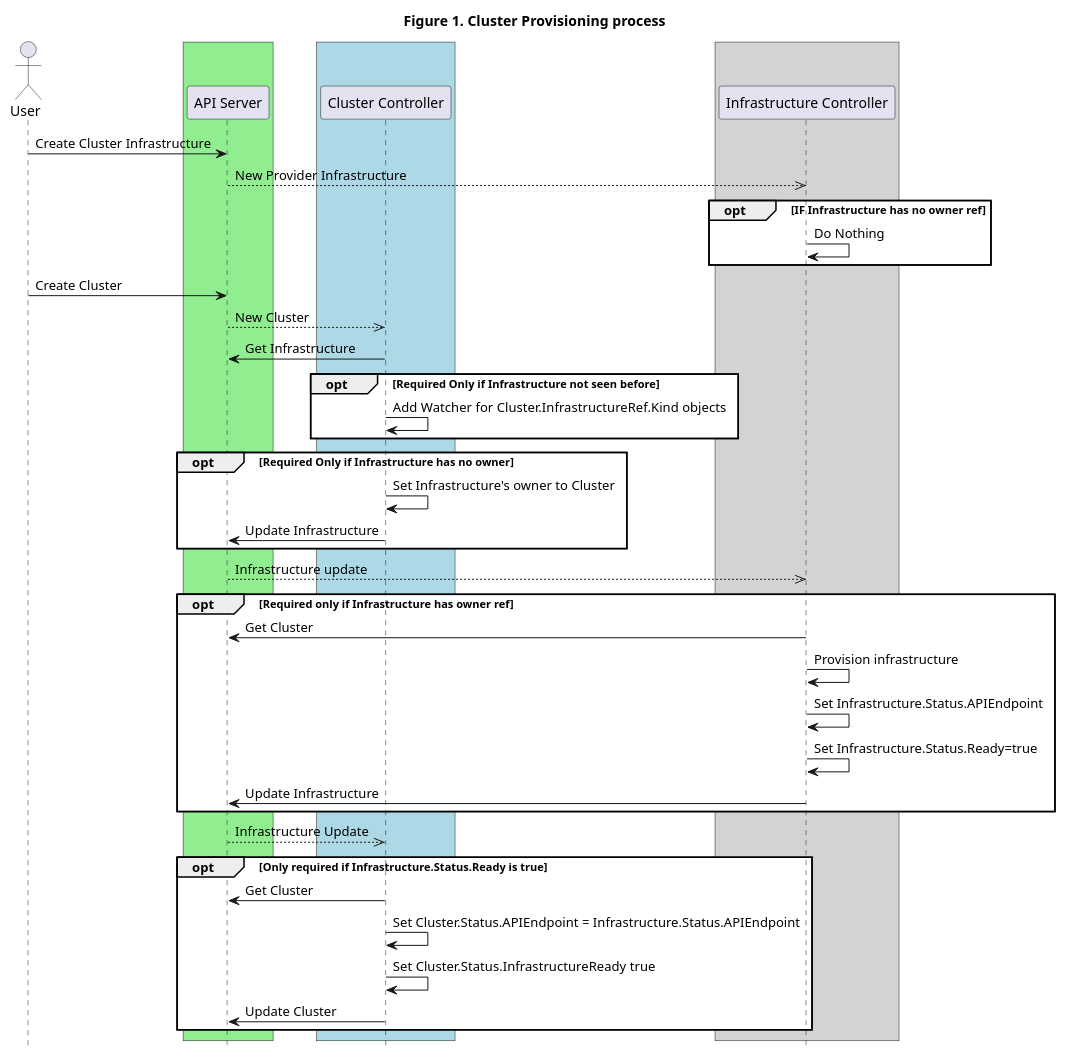
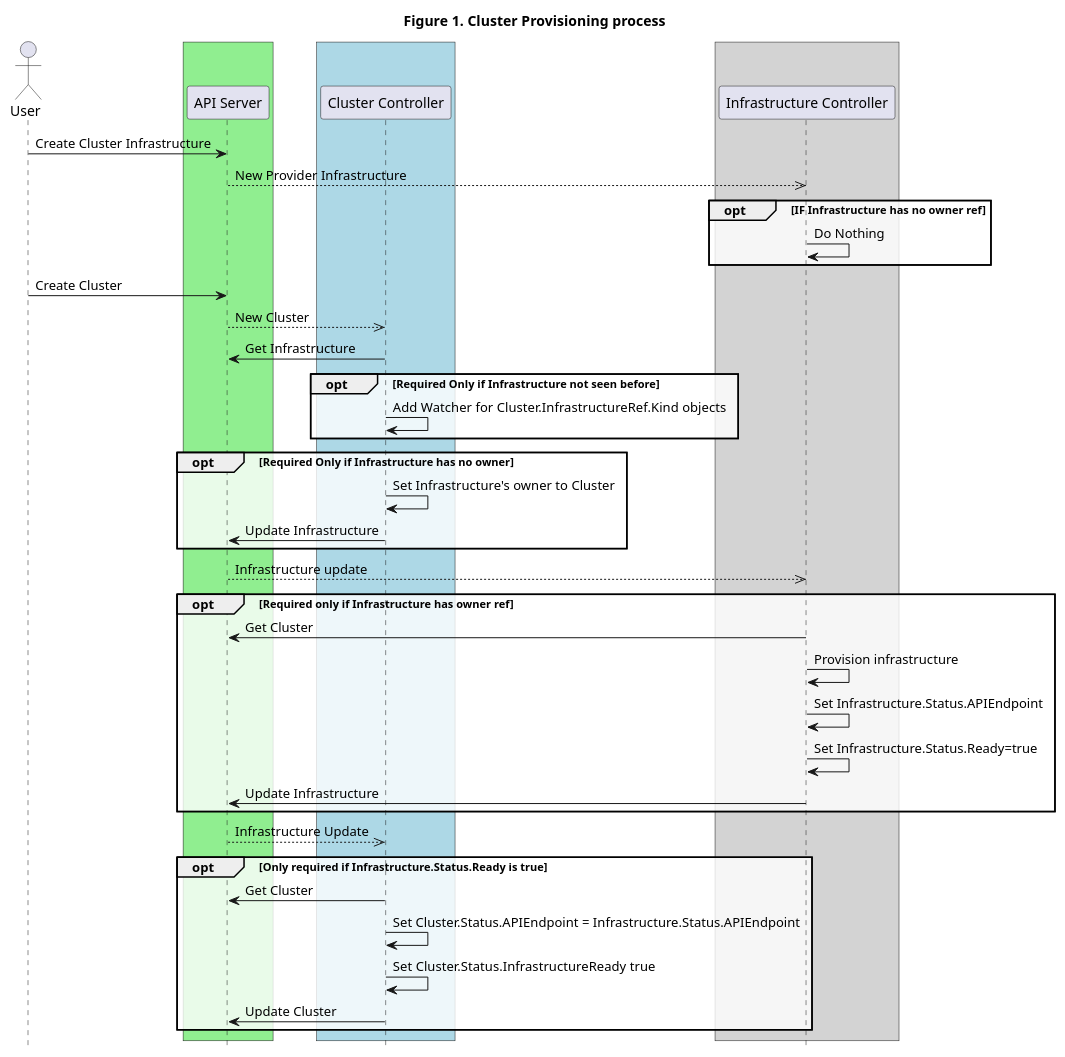
Before and after one commit to kubernetes-sigs/cluster-api: the diagram in docs/proposals/images/cluster-spec-crds/figure1.plantuml, drawn with PlantUML. The commit also changed 27 other files, not shown here.

Commit message:
Add PlantUML diagram transparency for book and proposals

```diff
--- a/docs/proposals/images/cluster-spec-crds/figure1.plantuml
+++ b/docs/proposals/images/cluster-spec-crds/figure1.plantuml
@@ -1,58 +1,58 @@
 @startuml
 title Figure 1. Cluster Provisioning process
 actor User
 
 ' -- GROUPS START ---
 
 box #LightGreen
 participant "API Server"
 end box
 
 box #LightBlue
 participant "Cluster Controller"
 end box
 
 box #LightGrey
 participant "Infrastructure Controller"
 end box
 
 ' -- GROUPS END ---
 
 User -> "API Server" : Create Cluster Infrastructure
 "API Server" -->> "Infrastructure Controller": New Provider Infrastructure
 
-opt #white IF Infrastructure has no owner ref
+opt #FFFFFFCC IF Infrastructure has no owner ref
 "Infrastructure Controller"->"Infrastructure Controller": Do Nothing
 end
 
 User -> "API Server": Create Cluster
 "API Server" -->> "Cluster Controller": New Cluster
 "Cluster Controller" -> "API Server": Get Infrastructure
-opt #white Required Only if Infrastructure not seen before
+opt #FFFFFFCC Required Only if Infrastructure not seen before
 "Cluster Controller" -> "Cluster Controller": Add Watcher for Cluster.InfrastructureRef.Kind objects
 end
 
-opt #white Required Only if Infrastructure has no owner
+opt #FFFFFFCC Required Only if Infrastructure has no owner
 "Cluster Controller" -> "Cluster Controller": Set Infrastructure's owner to Cluster
 "Cluster Controller" -> "API Server": Update Infrastructure
 end
 
 "API Server" -->> "Infrastructure Controller": Infrastructure update
-opt #white Required only if Infrastructure has owner ref
+opt #FFFFFFCC Required only if Infrastructure has owner ref
 "Infrastructure Controller" -> "API Server": Get Cluster
 "Infrastructure Controller" -> "Infrastructure Controller": Provision infrastructure
 "Infrastructure Controller" -> "Infrastructure Controller": Set Infrastructure.Status.APIEndpoint
 "Infrastructure Controller" -> "Infrastructure Controller": Set Infrastructure.Status.Ready=true
 "Infrastructure Controller" -> "API Server": Update Infrastructure
 end
 
 "API Server" -->> "Cluster Controller": Infrastructure Update
-opt #white Only required if Infrastructure.Status.Ready is true
+opt #FFFFFFCC Only required if Infrastructure.Status.Ready is true
 "Cluster Controller" -> "API Server": Get Cluster
 "Cluster Controller" -> "Cluster Controller": Set Cluster.Status.APIEndpoint = Infrastructure.Status.APIEndpoint
 "Cluster Controller" -> "Cluster Controller": Set Cluster.Status.InfrastructureReady true
 "Cluster Controller" -> "API Server": Update Cluster
 end
 
 hide footbox
 @enduml
```
